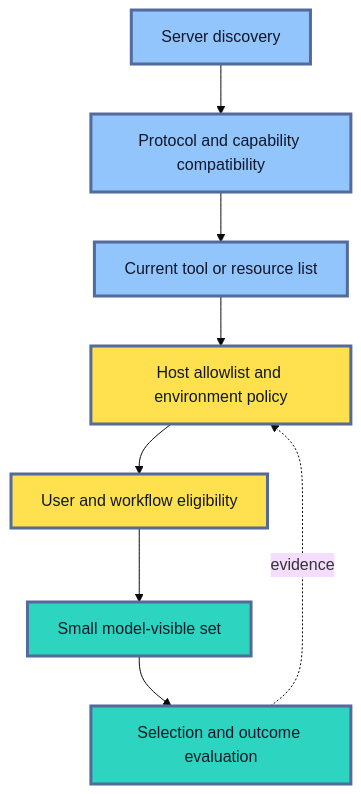
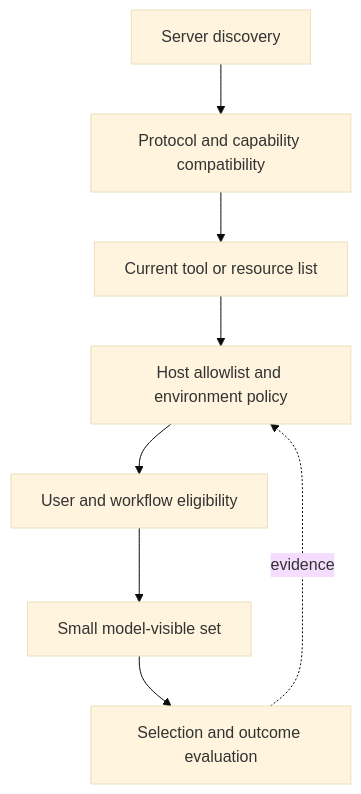
One commit to senlinyy/dev-roadmaps changed the second of 4 diagrams in roadmaps/mlops/modules/llmops/tools-and-protocols/02-mcp-tool-servers.md. Above: the diagram before and after it, drawn with Mermaid (base theme). The commit also changed other lines of this file and 152 other files, not shown here.

Commit message:
feat: mlops and diagrams updated

````diff
--- a/roadmaps/mlops/modules/llmops/tools-and-protocols/02-mcp-tool-servers.md
+++ b/roadmaps/mlops/modules/llmops/tools-and-protocols/02-mcp-tool-servers.md
@@ -172,17 +172,14 @@
 ```mermaid
 flowchart TD
     A["Server discovery"] --> B["Protocol and capability compatibility"]
     B --> C["Current tool or resource list"]
     C --> D["Host allowlist and environment policy"]
     D --> E["User and workflow eligibility"]
     E --> F["Small model-visible set"]
     F --> G["Selection and outcome evaluation"]
     G -. evidence .-> D
 
-    classDef discover fill:#93C5FD,stroke:#536A9A,stroke-width:3px,color:#0F172A
-    classDef govern fill:#FFE04F,stroke:#536A9A,stroke-width:3px,color:#111827
-    classDef use fill:#2DD4BF,stroke:#536A9A,stroke-width:3px,color:#0F172A
     class A,B,C discover
     class D,E govern
     class F,G use
 ```
````
